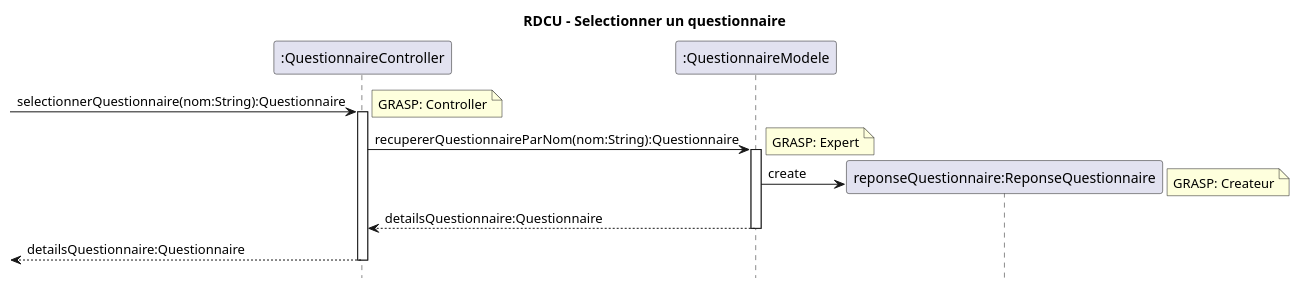
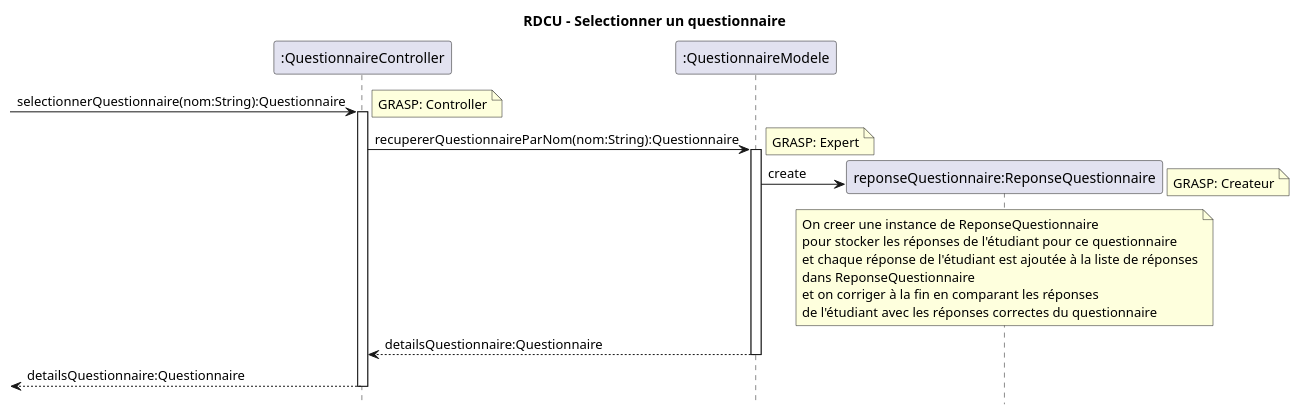
The diagram in docs/modeles/cu08/rdcu-selectionner-questionnaire.puml (xMrYahya/moodle-clone), drawn with PlantUML before and after one commit. The commit also changed 1 other file, not shown here.

Commit message:
quelque modification/correction RDCU pour CU08

```diff
--- a/docs/modeles/cu08/rdcu-selectionner-questionnaire.puml
+++ b/docs/modeles/cu08/rdcu-selectionner-questionnaire.puml
@@ -1,26 +1,34 @@
 @startuml
 hide footbox
 title RDCU - Selectionner un questionnaire
 
 participant ":QuestionnaireController" as controller
 participant ":QuestionnaireModele" as questionnaireModele
 participant "reponseQuestionnaire:ReponseQuestionnaire" as reponseQuestionnaire
 
 -> controller : selectionnerQuestionnaire(nom:String):Questionnaire
 note right: GRASP: Controller
 activate controller
 
 controller -> questionnaireModele : recupererQuestionnaireParNom(nom:String):Questionnaire
 note right: GRASP: Expert
 activate questionnaireModele
 
 questionnaireModele -> reponseQuestionnaire ** : create
 note right: GRASP: Createur
+note over reponseQuestionnaire
+On creer une instance de ReponseQuestionnaire
+pour stocker les réponses de l'étudiant pour ce questionnaire
+et chaque réponse de l'étudiant est ajoutée à la liste de réponses
+dans ReponseQuestionnaire
+et on corriger à la fin en comparant les réponses
+de l'étudiant avec les réponses correctes du questionnaire
+end note
 
 questionnaireModele --> controller : detailsQuestionnaire:Questionnaire
 deactivate questionnaireModele
 
 <-- controller : detailsQuestionnaire:Questionnaire
 deactivate controller
 
 @enduml
```
